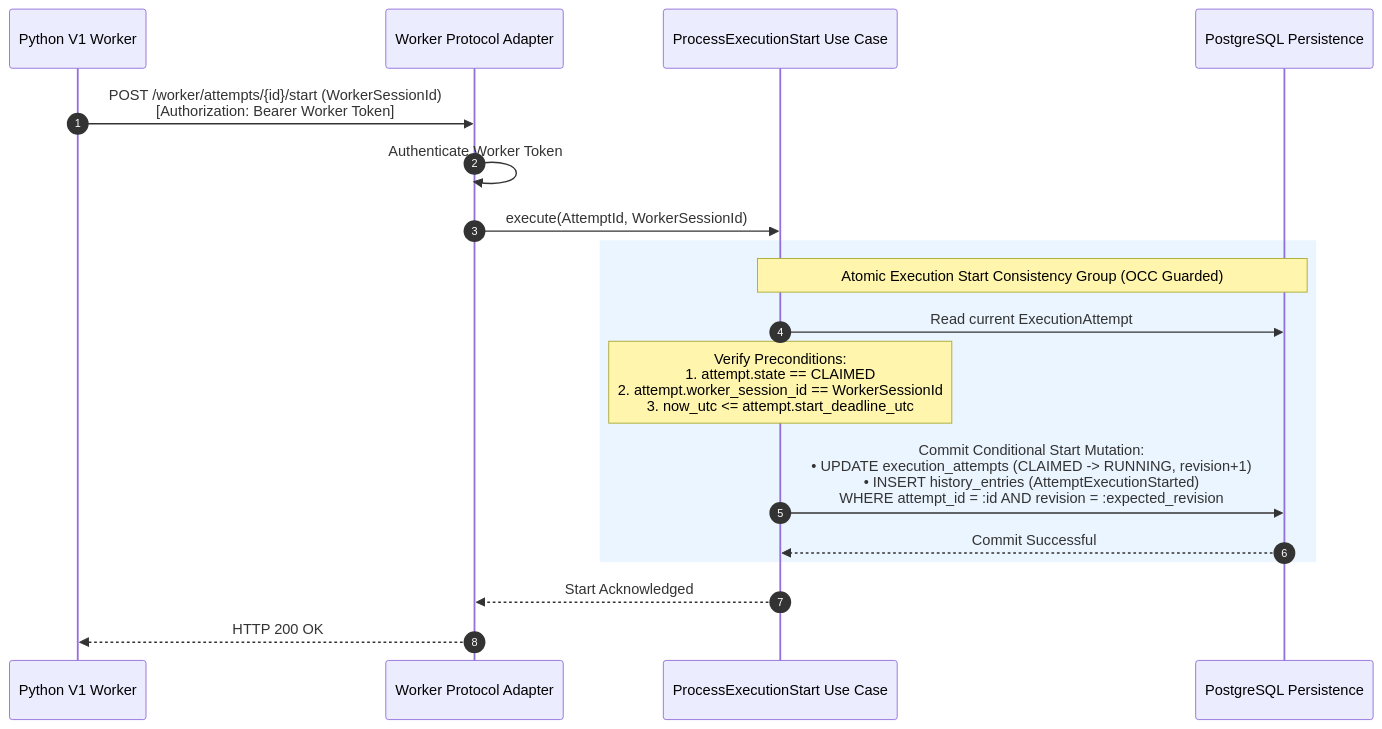
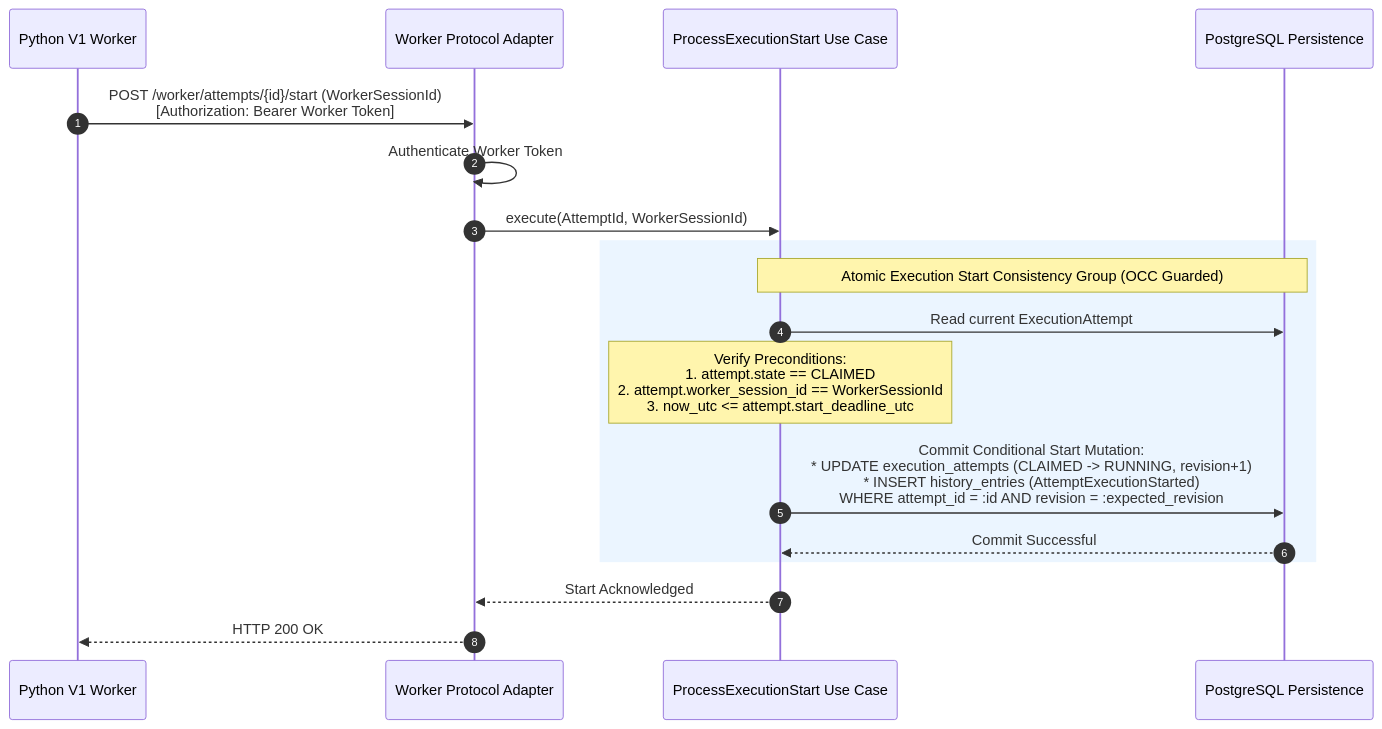
Before and after one commit to binary-beater/nexusflow: the tenth of 16 diagrams in docs/architecture/nexusflow-v1-high-level-design.md, drawn with Mermaid. The commit also changed other lines of this file and 9 other files, not shown here.

````diff
--- a/docs/architecture/nexusflow-v1-high-level-design.md
+++ b/docs/architecture/nexusflow-v1-high-level-design.md
@@ -522,23 +520,23 @@
 ```mermaid
 sequenceDiagram
     autonumber
     participant Worker as Python V1 Worker
     participant API as Worker Protocol Adapter
     participant UseCase as ProcessExecutionStart Use Case
     participant DB as PostgreSQL Persistence
 
     Worker->>API: POST /worker/attempts/{id}/start (WorkerSessionId)<br>[Authorization: Bearer Worker Token]
     API->>API: Authenticate Worker Token
     API->>UseCase: execute(AttemptId, WorkerSessionId)
-    
+
     rect rgb(235, 245, 255)
         Note over UseCase,DB: Atomic Execution Start Consistency Group (OCC Guarded)
         UseCase->>DB: Read current ExecutionAttempt
         Note over UseCase: Verify Preconditions:<br>1. attempt.state == CLAIMED<br>2. attempt.worker_session_id == WorkerSessionId<br>3. now_utc <= attempt.start_deadline_utc
-        UseCase->>DB: Commit Conditional Start Mutation:<br>• UPDATE execution_attempts (CLAIMED -> RUNNING, revision+1)<br>• INSERT history_entries (AttemptExecutionStarted)<br>WHERE attempt_id = :id AND revision = :expected_revision
+        UseCase->>DB: Commit Conditional Start Mutation:<br>* UPDATE execution_attempts (CLAIMED -> RUNNING, revision+1)<br>* INSERT history_entries (AttemptExecutionStarted)<br>WHERE attempt_id = :id AND revision = :expected_revision
         DB-->>UseCase: Commit Successful
     end
-    
+
     UseCase-->>API: Start Acknowledged
     API-->>Worker: HTTP 200 OK
 ```
````
